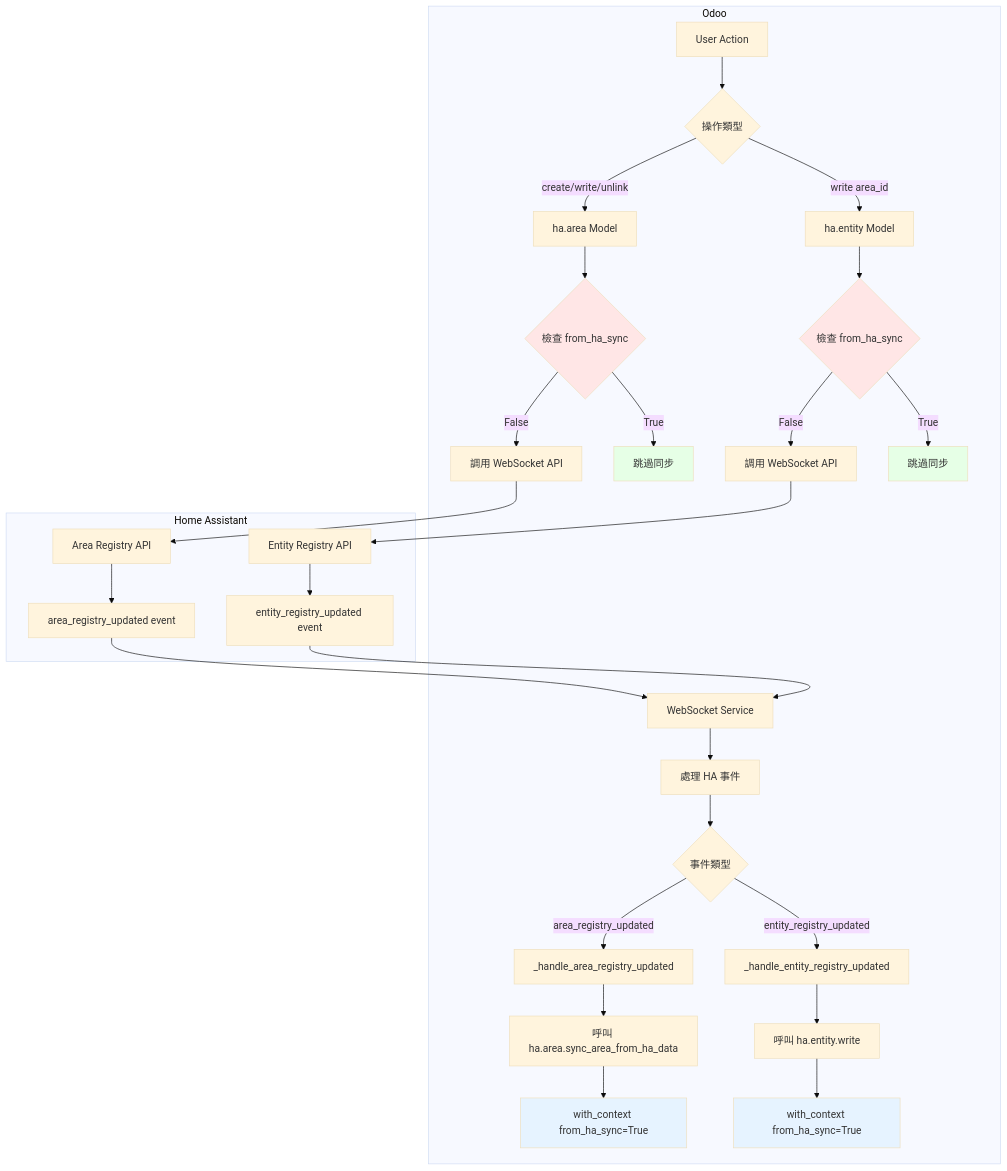
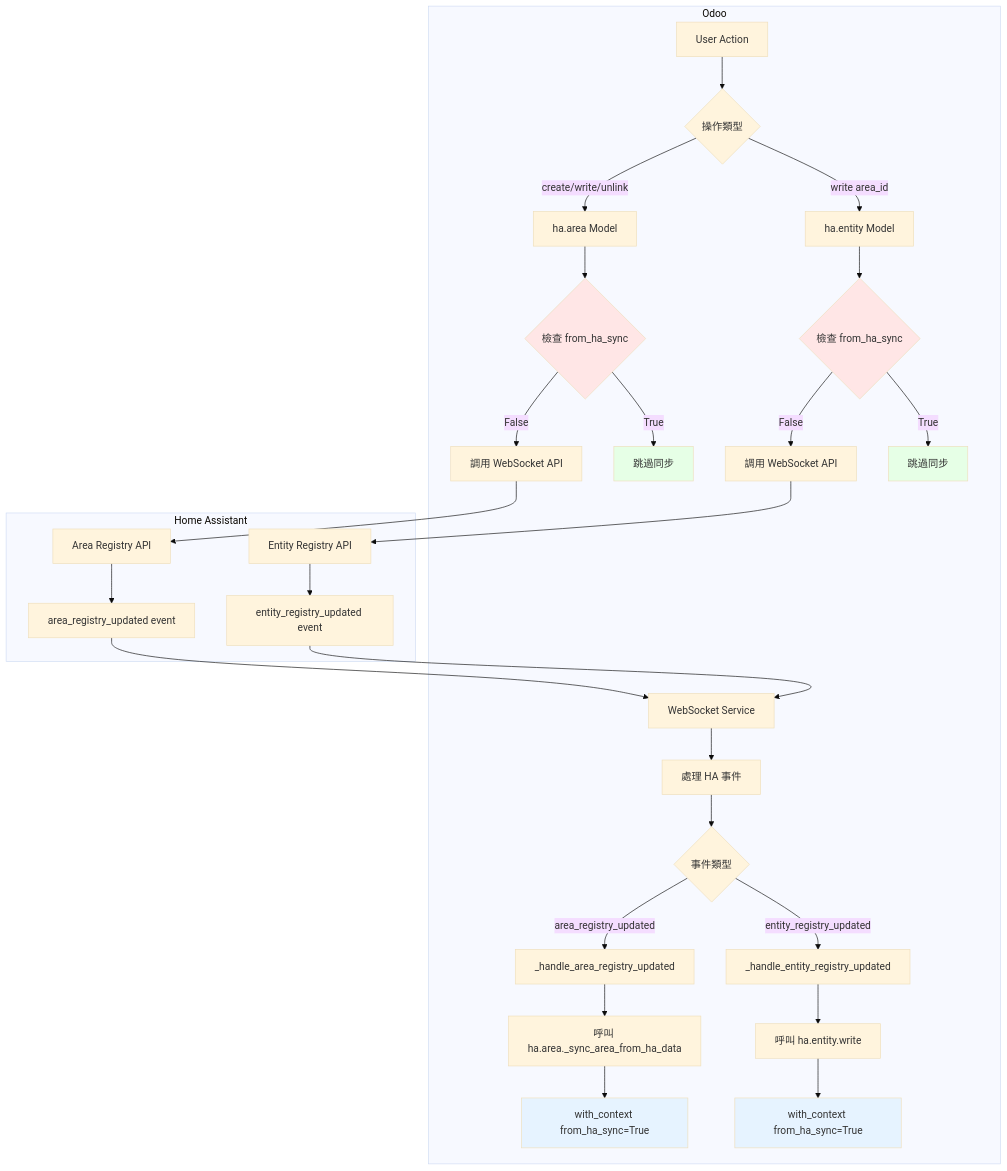
The first of 9 diagrams in docs/architecture/bidirectional-sync.md (WOOWTECH/odoo-addon-odoo-ha-addon), drawn with Mermaid (base theme) before and after one commit. The commit also changed other lines of this file and 13 other files, not shown here.

````diff
--- a/docs/architecture/bidirectional-sync.md
+++ b/docs/architecture/bidirectional-sync.md
@@ -30,46 +30,46 @@
 ```mermaid
 graph TB
     subgraph Odoo
         A[User Action] --> B{操作類型}
         B -->|create/write/unlink| C[ha.area Model]
         B -->|write area_id| D[ha.entity Model]
 
         C --> E{檢查 from_ha_sync}
         D --> F{檢查 from_ha_sync}
 
         E -->|False| G[調用 WebSocket API]
         F -->|False| H[調用 WebSocket API]
 
         E -->|True| I[跳過同步]
         F -->|True| J[跳過同步]
 
         K[WebSocket Service] --> L[處理 HA 事件]
         L --> M{事件類型}
         M -->|area_registry_updated| N[_handle_area_registry_updated]
         M -->|entity_registry_updated| O[_handle_entity_registry_updated]
 
-        N --> P[呼叫 ha.area.sync_area_from_ha_data]
+        N --> P[呼叫 ha.area._sync_area_from_ha_data]
         O --> Q[呼叫 ha.entity.write]
 
         P --> R[with_context from_ha_sync=True]
         Q --> S[with_context from_ha_sync=True]
     end
 
     subgraph Home Assistant
         G --> T[Area Registry API]
         H --> U[Entity Registry API]
 
         T --> V[area_registry_updated event]
         U --> W[entity_registry_updated event]
 
         V --> K
         W --> K
     end
 
     style E fill:#ffe6e6
     style F fill:#ffe6e6
     style I fill:#e6ffe6
     style J fill:#e6ffe6
     style R fill:#e6f3ff
     style S fill:#e6f3ff
 ```
````
